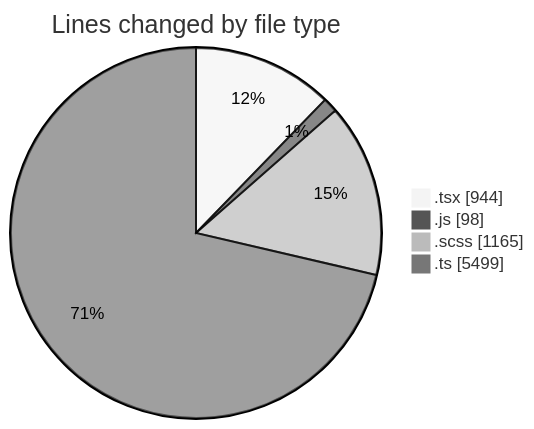
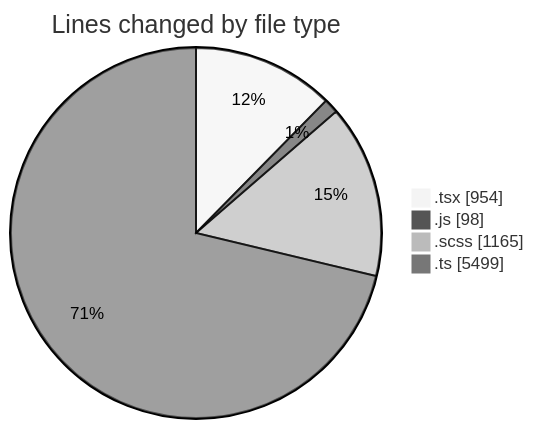
The first of 2 diagrams in 2025-03-31/cda/README.md (momahboobian/code-tracking), drawn with Mermaid (neutral theme) before and after one commit. The commit also changed other lines of this file and 1 other file, not shown here.

````diff
--- a/2025-03-31/cda/README.md
+++ b/2025-03-31/cda/README.md
@@ -39,8 +39,8 @@
 ```mermaid
 pie showData
 title Lines changed by file type
-".tsx" : 944
+".tsx" : 954
 ".js" : 98
 ".scss" : 1165
 ".ts" : 5499
 ```
````
